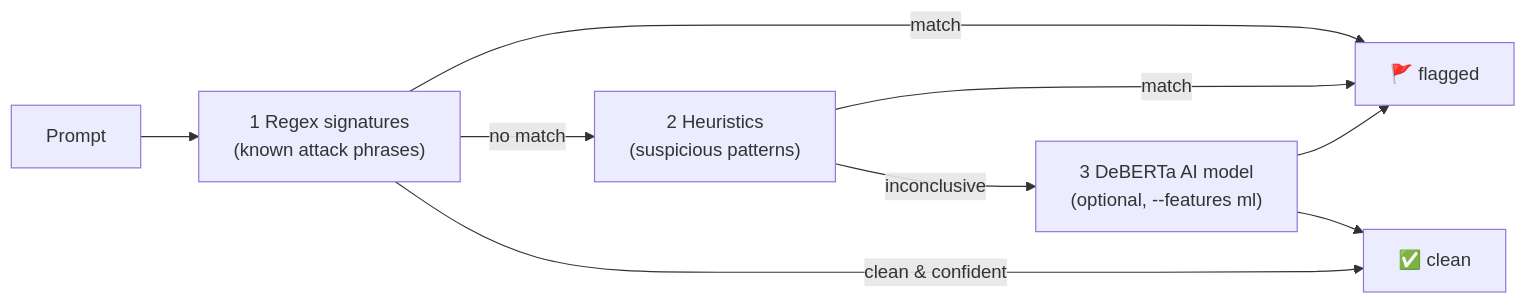
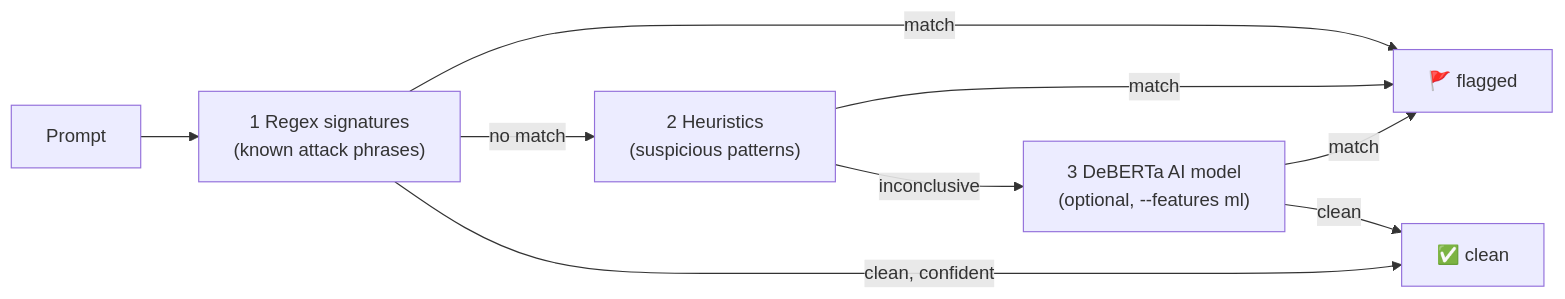
The second of 2 diagrams in README.md (carbon-evolution/llm-firewall), drawn with Mermaid before and after one commit. The commit also changed other lines of this file, not shown here.

First line of the commit message:
docs(readme): harden mermaid syntax for reliable GitHub rendering

````diff
--- a/README.md
+++ b/README.md
@@ -58,11 +58,11 @@
 ```mermaid
 flowchart LR
     P["Prompt"] --> A["1 Regex signatures<br/>(known attack phrases)"]
     A -->|match| HIT["🚩 flagged"]
     A -->|no match| B["2 Heuristics<br/>(suspicious patterns)"]
     B -->|match| HIT
     B -->|inconclusive| C["3 DeBERTa AI model<br/>(optional, --features ml)"]
-    C --> HIT
-    C --> OK["✅ clean"]
-    A -->|clean & confident| OK
+    C -->|match| HIT
+    C -->|clean| OK["✅ clean"]
+    A -->|clean, confident| OK
 ```
````
